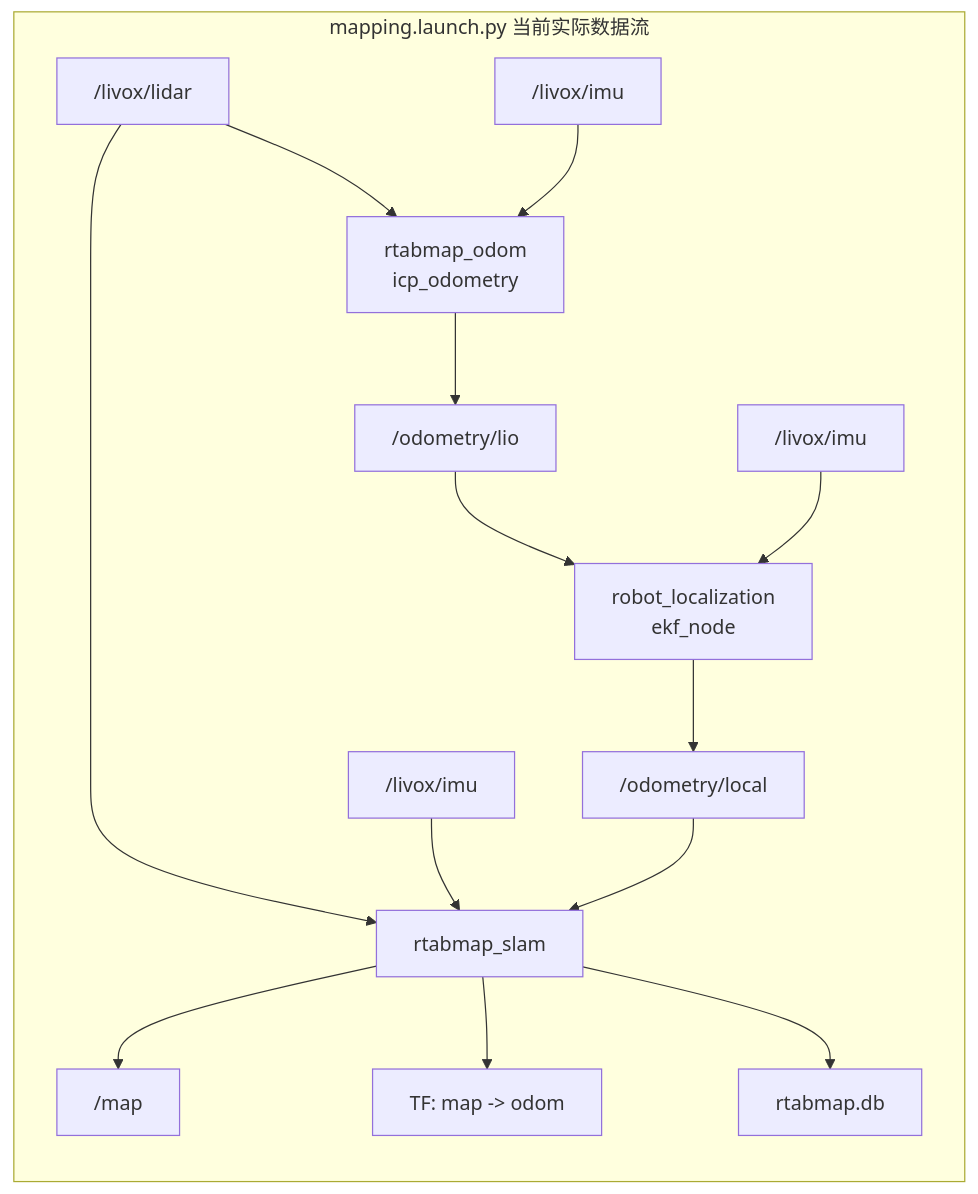
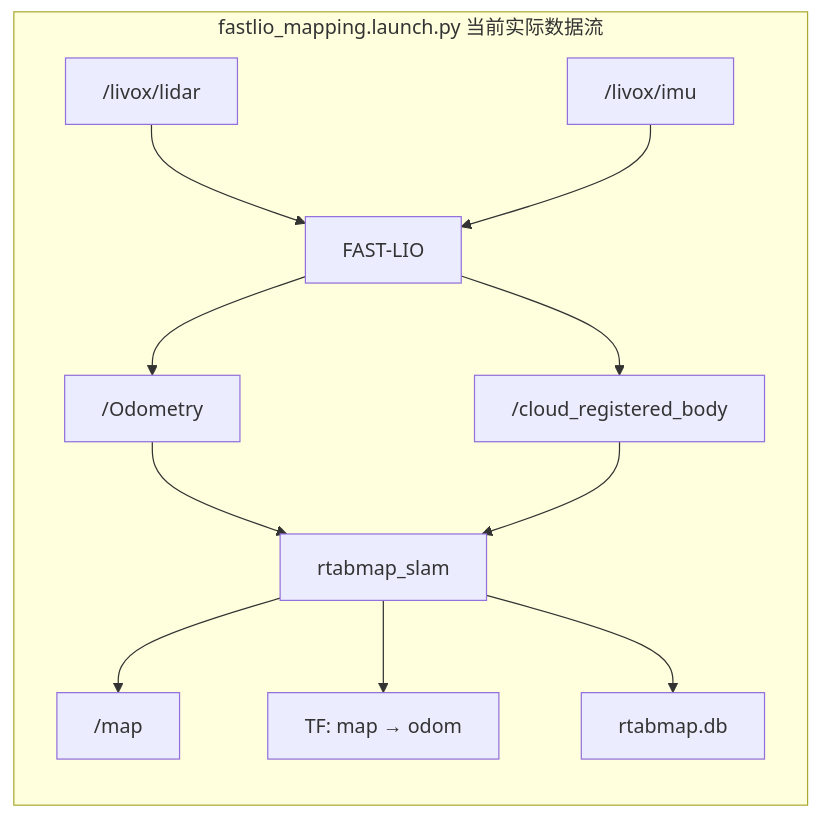
Before and after one commit to aqing520/rtab-ros2: the second of 2 diagrams in README.md, drawn with Mermaid. The commit also changed other lines of this file and 118 other files, not shown here.

Commit message:
重构建图链路代码

````diff
--- a/README.md
+++ b/README.md
@@ -93,20 +89,16 @@
 ```mermaid
 flowchart LR
-    subgraph A["mapping.launch.py 当前实际数据流"]
-        CLOUD["/livox/lidar"] --> ICP_NODE["rtabmap_odom\nicp_odometry"]
-        IMU1["/livox/imu"] --> ICP_NODE
-        ICP_NODE --> LIO["/odometry/lio"]
+    subgraph A["fastlio_mapping.launch.py 当前实际数据流"]
+        CLOUD["/livox/lidar"] --> FASTLIO["FAST-LIO"]
+        IMU1["/livox/imu"] --> FASTLIO
+        FASTLIO --> ODOM["/Odometry"]
+        FASTLIO --> CLOUD_REG["/cloud_registered_body"]
 
-        LIO --> EKF["robot_localization\nekf_node"]
-        IMU2["/livox/imu"] --> EKF
-        EKF --> ODOM_LOCAL["/odometry/local"]
-
-        CLOUD --> SLAM["rtabmap_slam"]
-        IMU3["/livox/imu"] --> SLAM
-        ODOM_LOCAL --> SLAM
+        ODOM --> SLAM["rtabmap_slam"]
+        CLOUD_REG --> SLAM
         SLAM --> MAP["/map"]
-        SLAM --> TF1["TF: map -> odom"]
+        SLAM --> TF1["TF: map → odom"]
         SLAM --> DB1["rtabmap.db"]
     end
 
 ```
````
